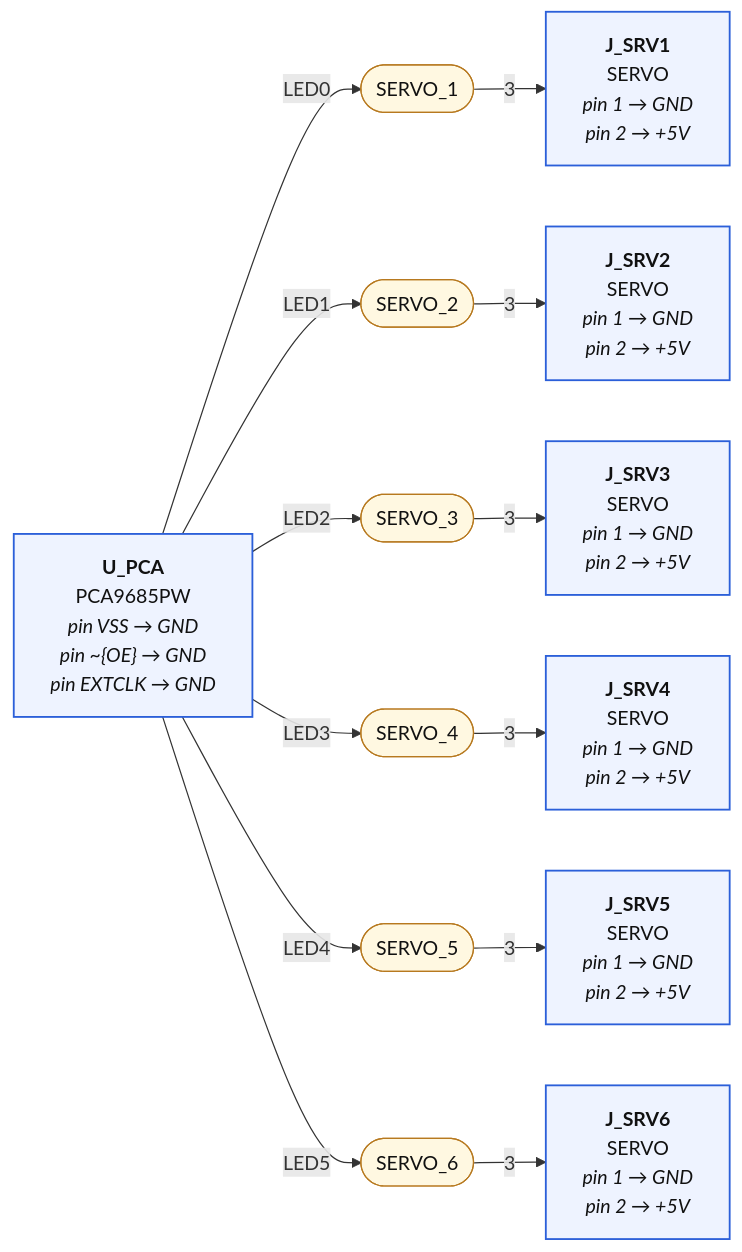
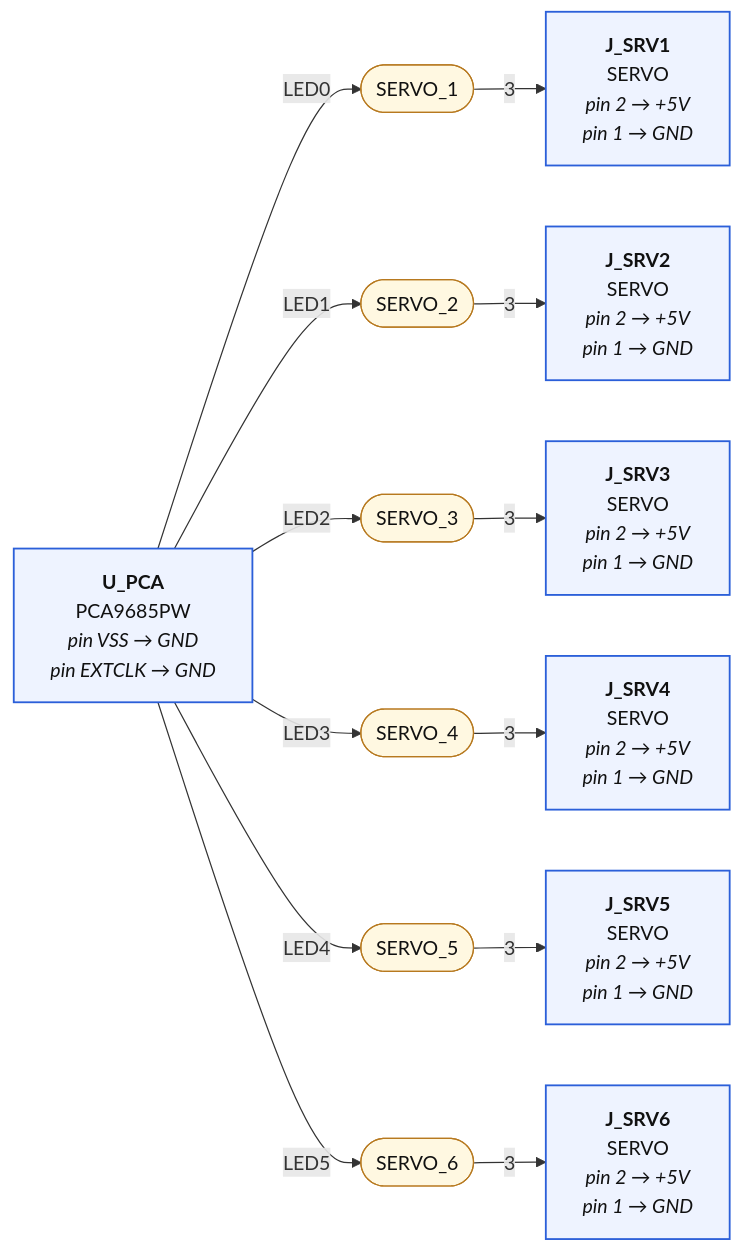
The fifth of 5 diagrams in hardware/pro/sheets/03-outputs.diagram.md (mrwillson2u/propmesh), drawn with Mermaid before and after one commit. The commit also changed other lines of this file and 59 other files, not shown here.

````diff
--- a/hardware/pro/sheets/03-outputs.diagram.md
+++ b/hardware/pro/sheets/03-outputs.diagram.md
@@ -252,35 +316,35 @@
 ```mermaid
 graph LR
   classDef part fill:#eef3ff,stroke:#2b5fd9,stroke-width:1.5px,color:#111
   classDef net fill:#fff8e1,stroke:#b7791f,color:#111
   classDef rail fill:#ffe0b2,stroke:#e65100,stroke-width:3px,color:#111,font-weight:bold
   classDef badnet fill:#ffe0e0,stroke:#c00,stroke-width:3px,color:#111,font-weight:bold
   classDef absent fill:#fff,stroke:#c00,stroke-width:2px,stroke-dasharray:6 4,color:#c00
   classDef extra fill:#ffecec,stroke:#c00,stroke-width:2px,color:#111
   classDef dnp fill:#f5f5f5,stroke:#999,stroke-dasharray:3 3,color:#666
   N_SERVO_1(["SERVO_1"]):::net
-  P_U_PCA["<b>U_PCA</b><br/>PCA9685PW<br/><i>pin VSS → GND</i><br/><i>pin ~{OE} → GND</i><br/><i>pin EXTCLK → GND</i>"]:::part
+  P_U_PCA["<b>U_PCA</b><br/>PCA9685PW<br/><i>pin VSS → GND</i><br/><i>pin EXTCLK → GND</i>"]:::part
   P_U_PCA --"LED0"--> N_SERVO_1
-  P_J_SRV1["<b>J_SRV1</b><br/>SERVO<br/><i>pin 1 → GND</i><br/><i>pin 2 → +5V</i>"]:::part
+  P_J_SRV1["<b>J_SRV1</b><br/>SERVO<br/><i>pin 2 → +5V</i><br/><i>pin 1 → GND</i>"]:::part
   N_SERVO_1 --"3"--> P_J_SRV1
   N_SERVO_2(["SERVO_2"]):::net
   P_U_PCA --"LED1"--> N_SERVO_2
-  P_J_SRV2["<b>J_SRV2</b><br/>SERVO<br/><i>pin 1 → GND</i><br/><i>pin 2 → +5V</i>"]:::part
+  P_J_SRV2["<b>J_SRV2</b><br/>SERVO<br/><i>pin 2 → +5V</i><br/><i>pin 1 → GND</i>"]:::part
   N_SERVO_2 --"3"--> P_J_SRV2
   N_SERVO_3(["SERVO_3"]):::net
   P_U_PCA --"LED2"--> N_SERVO_3
-  P_J_SRV3["<b>J_SRV3</b><br/>SERVO<br/><i>pin 1 → GND</i><br/><i>pin 2 → +5V</i>"]:::part
+  P_J_SRV3["<b>J_SRV3</b><br/>SERVO<br/><i>pin 2 → +5V</i><br/><i>pin 1 → GND</i>"]:::part
   N_SERVO_3 --"3"--> P_J_SRV3
   N_SERVO_4(["SERVO_4"]):::net
   P_U_PCA --"LED3"--> N_SERVO_4
-  P_J_SRV4["<b>J_SRV4</b><br/>SERVO<br/><i>pin 1 → GND</i><br/><i>pin 2 → +5V</i>"]:::part
+  P_J_SRV4["<b>J_SRV4</b><br/>SERVO<br/><i>pin 2 → +5V</i><br/><i>pin 1 → GND</i>"]:::part
   N_SERVO_4 --"3"--> P_J_SRV4
   N_SERVO_5(["SERVO_5"]):::net
   P_U_PCA --"LED4"--> N_SERVO_5
-  P_J_SRV5["<b>J_SRV5</b><br/>SERVO<br/><i>pin 1 → GND</i><br/><i>pin 2 → +5V</i>"]:::part
+  P_J_SRV5["<b>J_SRV5</b><br/>SERVO<br/><i>pin 2 → +5V</i><br/><i>pin 1 → GND</i>"]:::part
   N_SERVO_5 --"3"--> P_J_SRV5
   N_SERVO_6(["SERVO_6"]):::net
   P_U_PCA --"LED5"--> N_SERVO_6
-  P_J_SRV6["<b>J_SRV6</b><br/>SERVO<br/><i>pin 1 → GND</i><br/><i>pin 2 → +5V</i>"]:::part
+  P_J_SRV6["<b>J_SRV6</b><br/>SERVO<br/><i>pin 2 → +5V</i><br/><i>pin 1 → GND</i>"]:::part
   N_SERVO_6 --"3"--> P_J_SRV6
 ```
````
